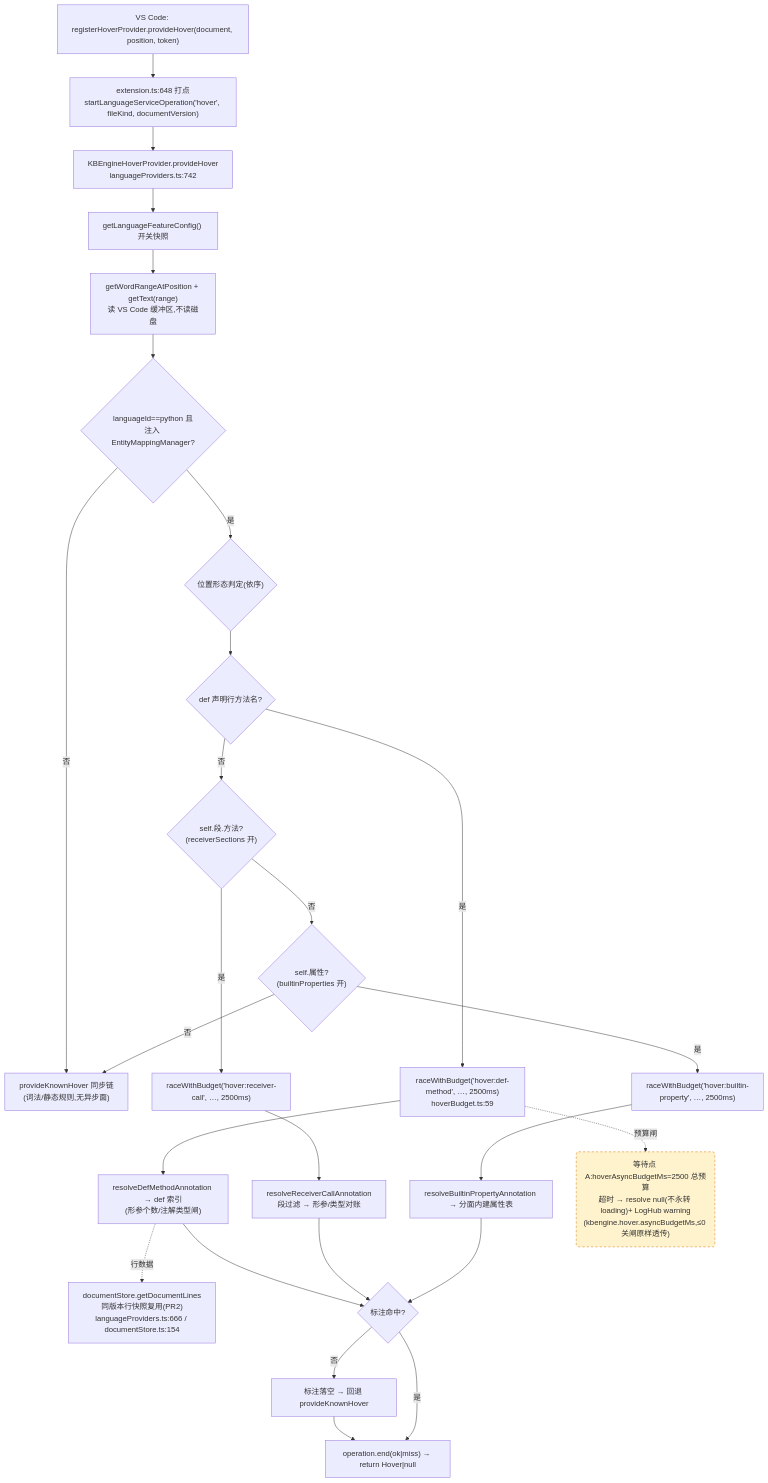
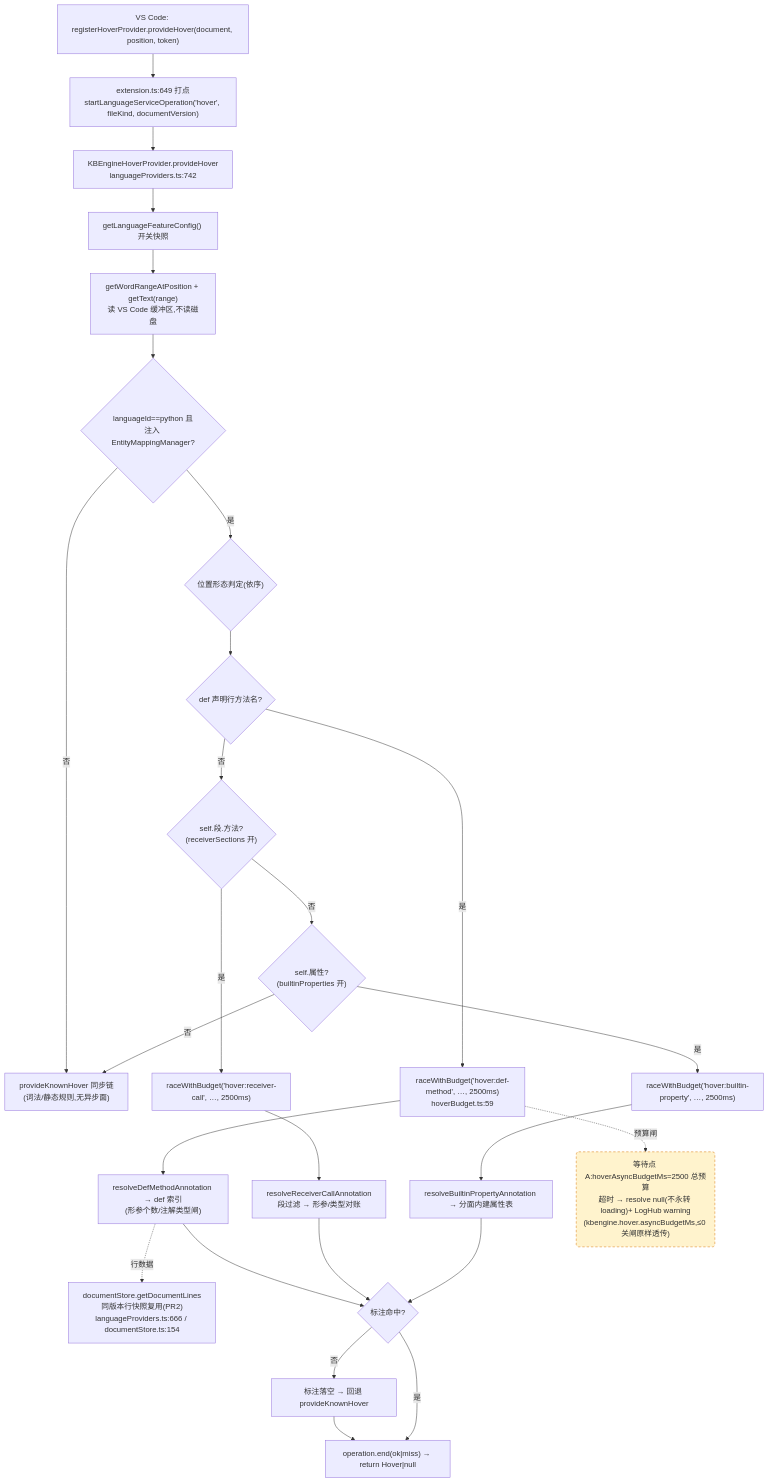
One commit to cuihairu/kode changed the first of 4 diagrams in docs/perf/2026-baseline.md. Above: the diagram before and after it, drawn with Mermaid. The commit also changed other lines of this file and 9 other files, not shown here.

````diff
--- a/docs/perf/2026-baseline.md
+++ b/docs/perf/2026-baseline.md
@@ -82,45 +82,45 @@
 ```mermaid
 flowchart TD
   VC1["VS Code: registerHoverProvider.provideHover(document, position, token)"]
-  M1["extension.ts:648 打点<br/>startLanguageServiceOperation('hover', fileKind, documentVersion)"]
+  M1["extension.ts:649 打点<br/>startLanguageServiceOperation('hover', fileKind, documentVersion)"]
   HP["KBEngineHoverProvider.provideHover<br/>languageProviders.ts:742"]
   CFG["getLanguageFeatureConfig() 开关快照"]
   WORD["getWordRangeAtPosition + getText(range)<br/>读 VS Code 缓冲区,不读磁盘"]
   BR{"languageId==python 且<br/>注入 EntityMappingManager?"}
   KN["provideKnownHover 同步链<br/>(词法/静态规则,无异步面)"]
   POS{"位置形态判定(依序)"}
   D1{"def 声明行方法名?"}
   D2{"self.段.方法?<br/>(receiverSections 开)"}
   D3{"self.属性?<br/>(builtinProperties 开)"}
   RA1["raceWithBudget('hover:def-method', …, 2500ms)<br/>hoverBudget.ts:59"]
   RA2["raceWithBudget('hover:receiver-call', …, 2500ms)"]
   RA3["raceWithBudget('hover:builtin-property', …, 2500ms)"]
   RS1["resolveDefMethodAnnotation → def 索引<br/>(形参个数/注解类型闸)"]
   RS2["resolveReceiverCallAnnotation<br/>段过滤 → 形参/类型对账"]
   RS3["resolveBuiltinPropertyAnnotation → 分面内建属性表"]
   LINES["documentStore.getDocumentLines<br/>同版本行快照复用(PR2)<br/>languageProviders.ts:666 / documentStore.ts:154"]
   MISS["标注落空 → 回退 provideKnownHover"]
   END1["operation.end(ok|miss) → return Hover|null"]
 
   VC1 --> M1 --> HP --> CFG --> WORD --> BR
   BR -- "否" --> KN
   BR -- "是" --> POS --> D1
   D1 -- "是" --> RA1 --> RS1
   D1 -- "否" --> D2
   D2 -- "是" --> RA2 --> RS2
   D2 -- "否" --> D3
   D3 -- "是" --> RA3 --> RS3
   D3 -- "否" --> KN
   RS1 --> HIT{"标注命中?"}
   RS2 --> HIT
   RS3 --> HIT
   RS1 -.->|行数据| LINES
   HIT -- "否" --> MISS --> END1
   HIT -- "是" --> END1
 
   WAITA("等待点 A:hoverAsyncBudgetMs=2500 总预算<br/>超时 → resolve null(不永转 loading)+ LogHub warning<br/>(kbengine.hover.asyncBudgetMs,≤0 关闸原样透传)")
   RA1 -.->|预算闸| WAITA
 
   classDef waitPoint fill:#fff3cd,stroke:#d97706,stroke-dasharray:5 4;
   class WAITA waitPoint;
 ```
````
